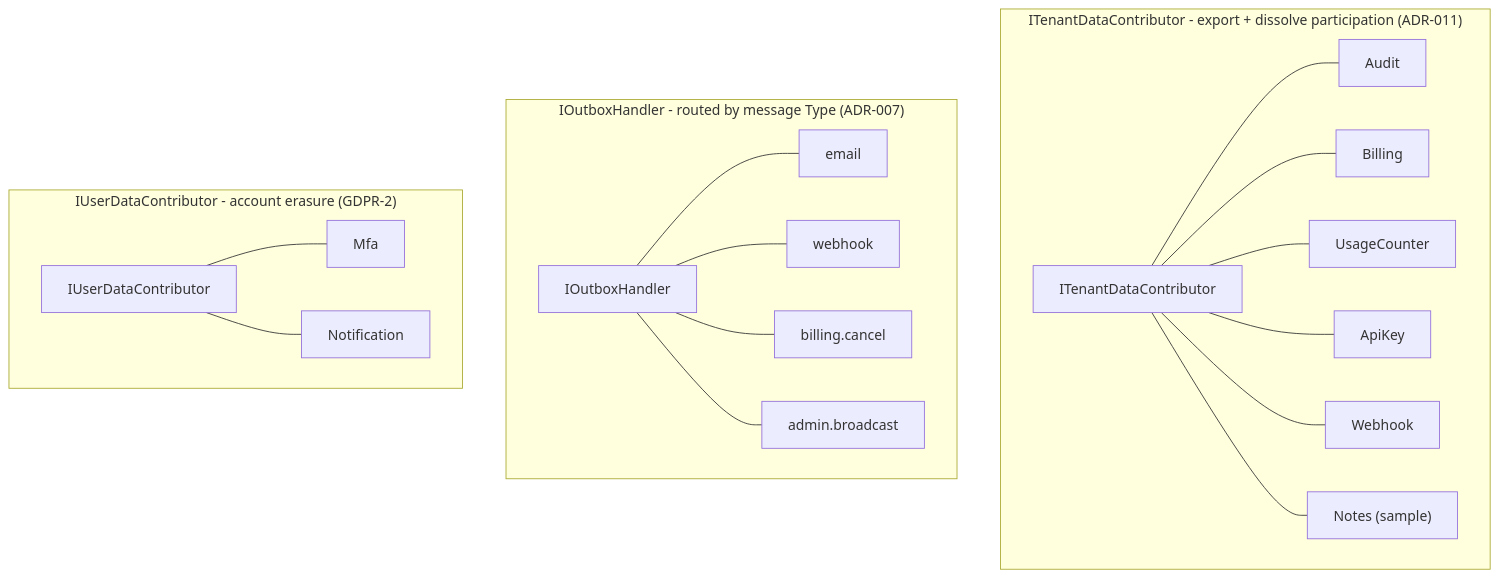
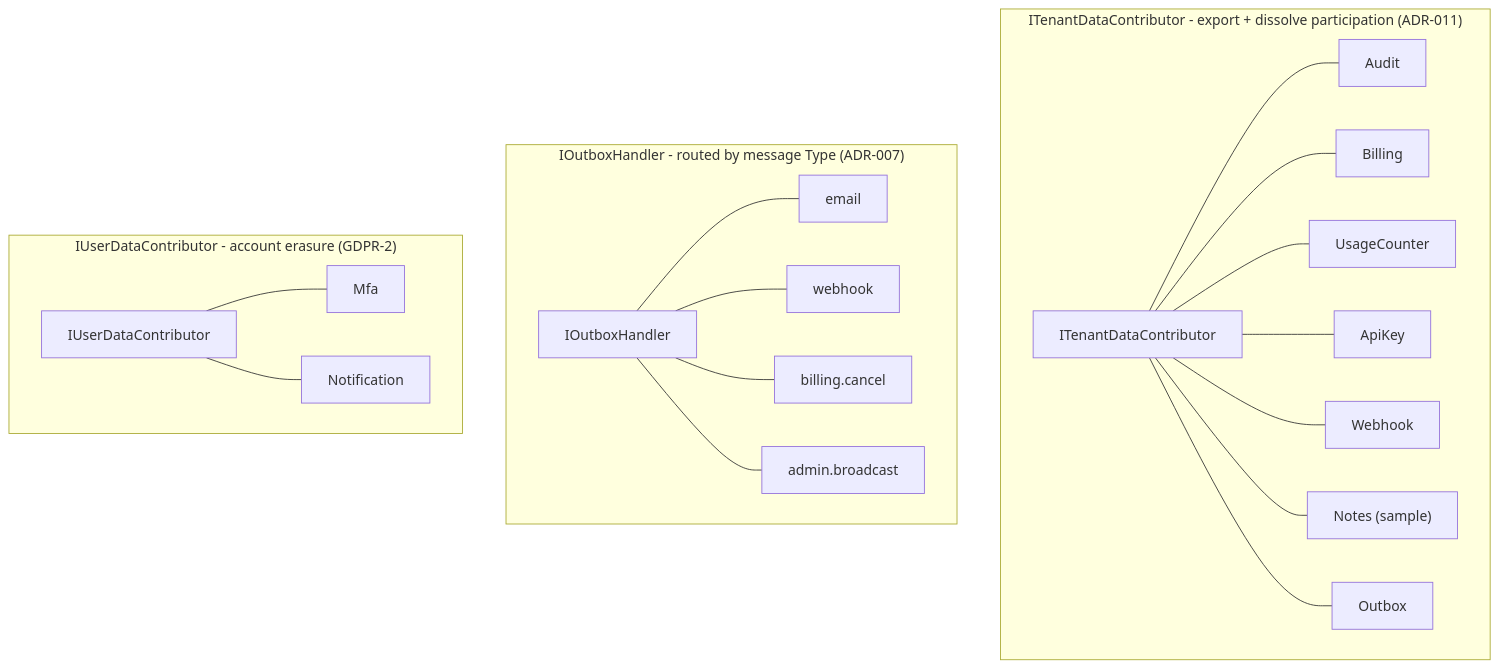
One commit to argamboad/perezosoft-platform changed the second of 8 diagrams in docs/ARCHITECTURE.md. Above: the diagram before and after it, drawn with Mermaid. The commit also changed other lines of this file and 25 other files, not shown here.

````diff
--- a/docs/ARCHITECTURE.md
+++ b/docs/ARCHITECTURE.md
@@ -75,15 +75,15 @@
 ```mermaid
 flowchart TB
     subgraph contributors ["ITenantDataContributor - export + dissolve participation (ADR-011)"]
         TDC["ITenantDataContributor"]
-        TDC --- C1["Audit"] & C2["Billing"] & C3["UsageCounter"] & C4["ApiKey"] & C5["Webhook"] & C6["Notes (sample)"]
+        TDC --- C1["Audit"] & C2["Billing"] & C3["UsageCounter"] & C4["ApiKey"] & C5["Webhook"] & C6["Notes (sample)"] & C7["Outbox"]
     end
     subgraph handlers ["IOutboxHandler - routed by message Type (ADR-007)"]
         OH["IOutboxHandler"]
         OH --- H1["email"] & H2["webhook"] & H3["billing.cancel"] & H4["admin.broadcast"]
     end
     subgraph userdata ["IUserDataContributor - account erasure (GDPR-2)"]
         UDC["IUserDataContributor"]
         UDC --- U1["Mfa"] & U2["Notification"]
     end
 ```
````
